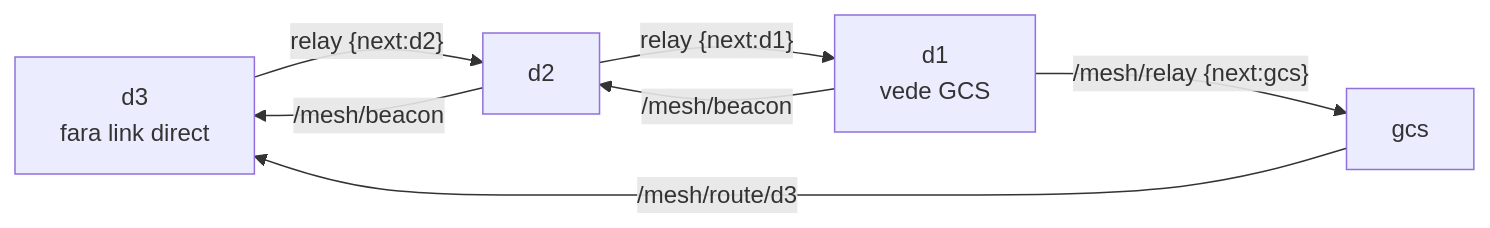
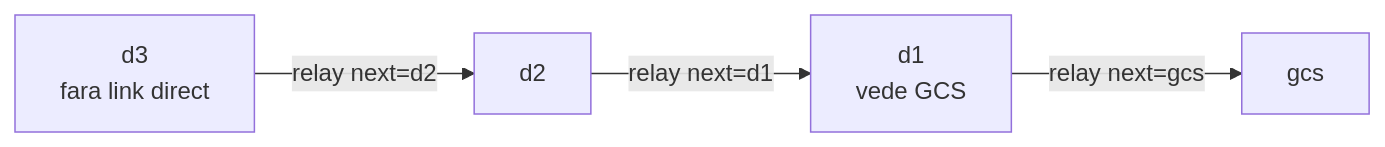
One commit to alexandru-tech-web/ROS2 changed the diagram in mesh_plugin/README.md. Above: the diagram before and after it, drawn with Mermaid. The commit also changed other lines of this file and 12 other files, not shown here.

````diff
--- a/mesh_plugin/README.md
+++ b/mesh_plugin/README.md
@@ -33,9 +81,6 @@
 ```mermaid
 graph LR
-    D3[d3<br/>fara link direct] -- "relay {next:d2}" --> D2[d2]
-    D2 -- "relay {next:d1}" --> D1[d1<br/>vede GCS]
-    D1 -- "/mesh/relay {next:gcs}" --> GCS[gcs]
-    D1 -- "/mesh/beacon" --> D2
-    D2 -- "/mesh/beacon" --> D3
-    GCS -- "/mesh/route/d3" --> D3
+    D3[d3<br/>fara link direct] -- "relay next=d2" --> D2[d2]
+    D2 -- "relay next=d1" --> D1[d1<br/>vede GCS]
+    D1 -- "relay next=gcs" --> GCS[gcs]
 ```
````
